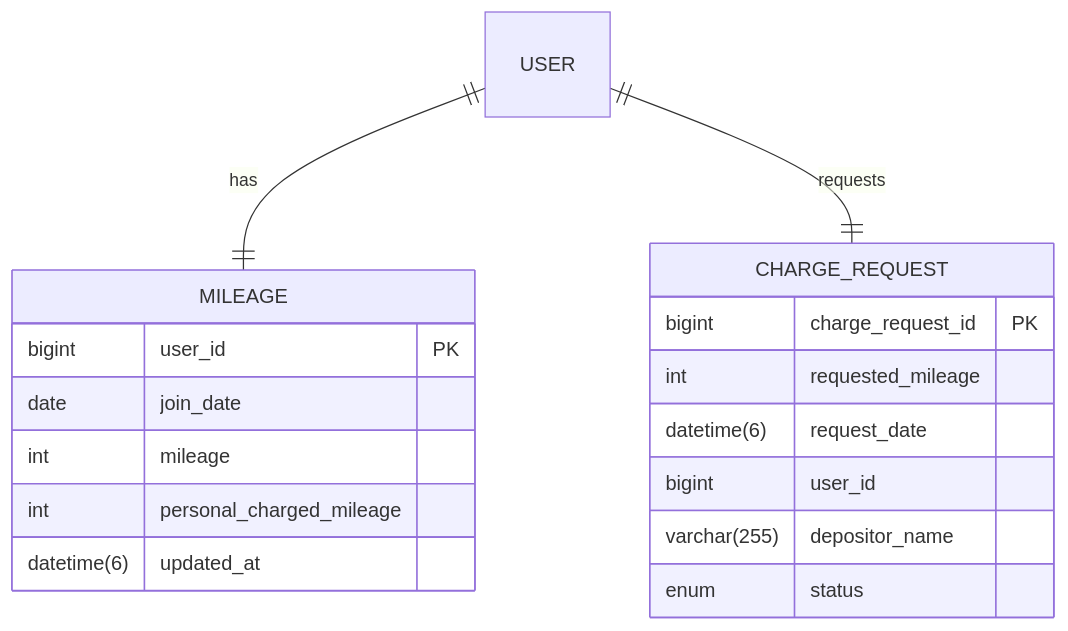
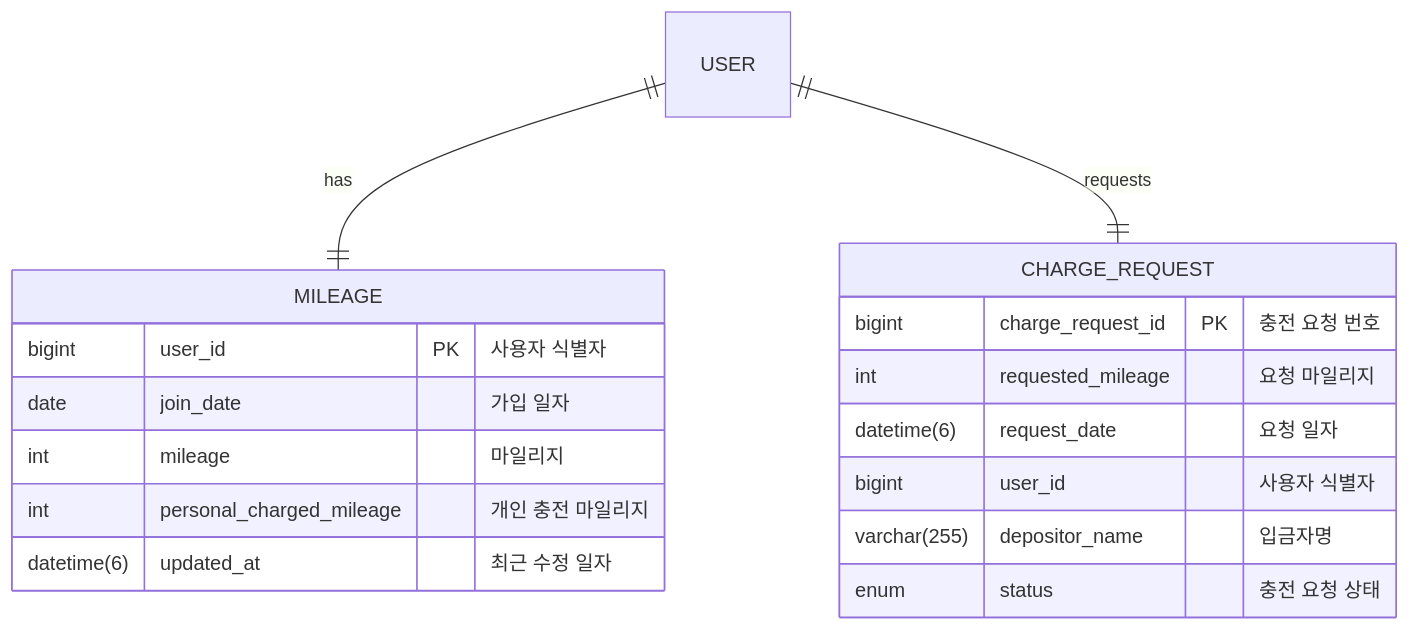
One commit to kea-dpang/mileage-server changed the second of 2 diagrams in README.md. Above: the diagram before and after it, drawn with Mermaid. The commit also changed other lines of this file, not shown here.

````diff
--- a/README.md
+++ b/README.md
@@ -72,21 +52,23 @@
 ```mermaid
 erDiagram
     USER ||--|| MILEAGE: "has"
     USER ||--|| CHARGE_REQUEST: "requests"
+    
     MILEAGE {
-        bigint user_id PK
-        date join_date
-        int mileage
-        int personal_charged_mileage
-        datetime(6) updated_at
+        bigint user_id PK "사용자 식별자"
+        date join_date "가입 일자"
+        int mileage "마일리지"
+        int personal_charged_mileage "개인 충전 마일리지"
+        datetime(6) updated_at "최근 수정 일자"
     }
+    
     CHARGE_REQUEST {
-        bigint charge_request_id PK
-        int requested_mileage
-        datetime(6) request_date
-        bigint user_id
-        varchar(255) depositor_name
-        enum status
+        bigint charge_request_id PK "충전 요청 번호"
+        int requested_mileage "요청 마일리지"
+        datetime(6) request_date "요청 일자"
+        bigint user_id "사용자 식별자"
+        varchar(255) depositor_name "입금자명"
+        enum status "충전 요청 상태"
     }
 
 ```
````
